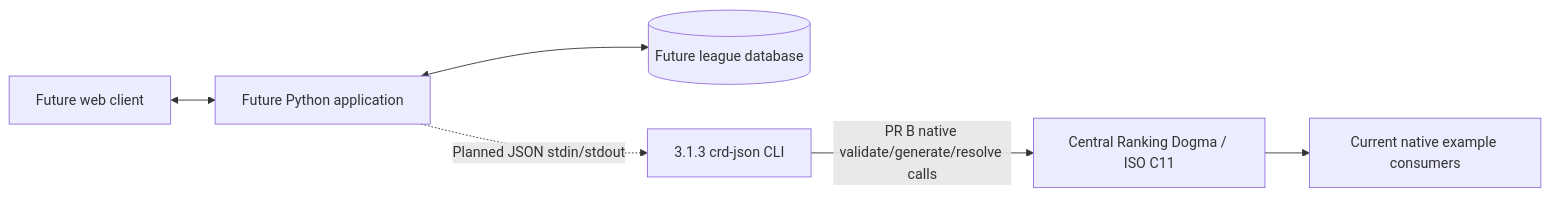
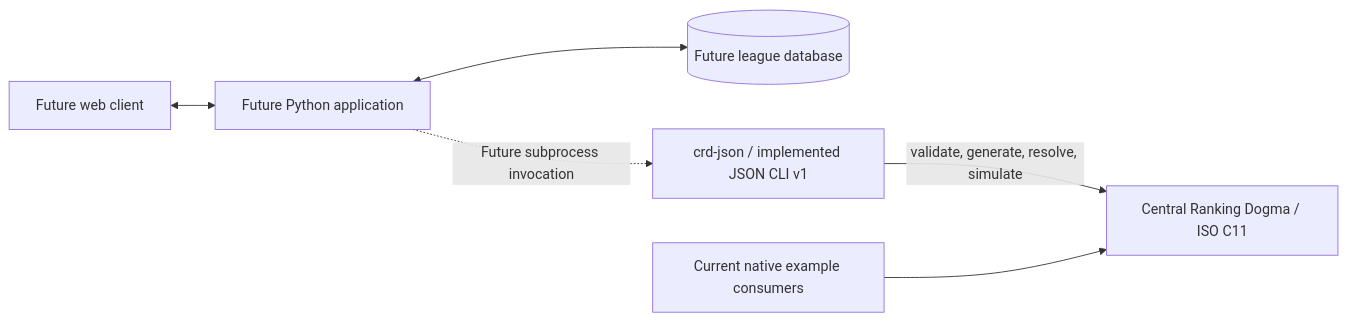
The diagram in docs/architecture/system.md (AlessVolpe/CentralRankingDogma), drawn with Mermaid before and after one commit. The commit also changed other lines of this file and 154 other files, not shown here.

````diff
--- a/docs/architecture/system.md
+++ b/docs/architecture/system.md
@@ -5,8 +5,8 @@
 ```mermaid
 flowchart LR
     UI["Future web client"] <--> PY["Future Python application"]
     PY <--> DB[(Future league database)]
-    PY -.->|Planned JSON stdin/stdout| TRANSPORT["3.1.3 crd-json CLI"]
-    TRANSPORT -->|PR B native validate/generate/resolve calls| C["Central Ranking Dogma / ISO C11"]
-    C --> CLI["Current native example consumers"]
+    PY -.->|Future subprocess invocation| TRANSPORT["crd-json / implemented JSON CLI v1"]
+    TRANSPORT -->|validate, generate, resolve, simulate| C["Central Ranking Dogma / ISO C11"]
+    CLI["Current native example consumers"] --> C
 ```
````
